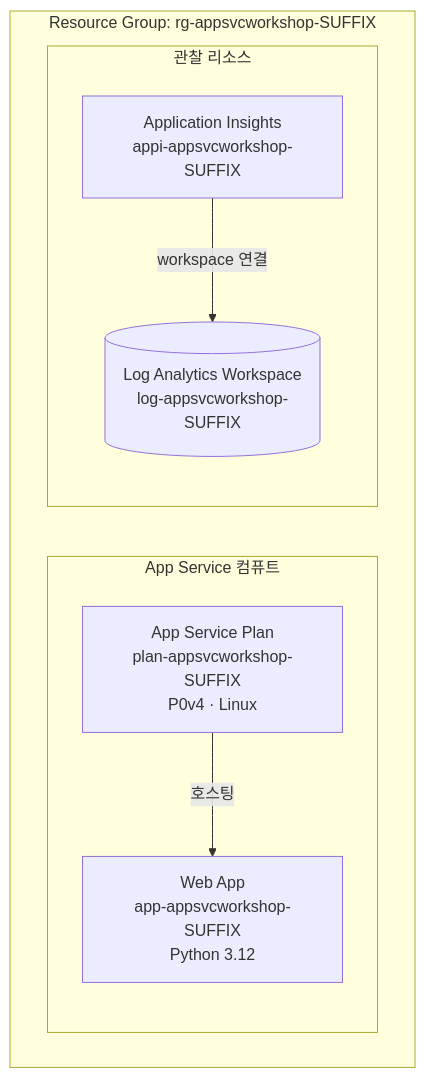
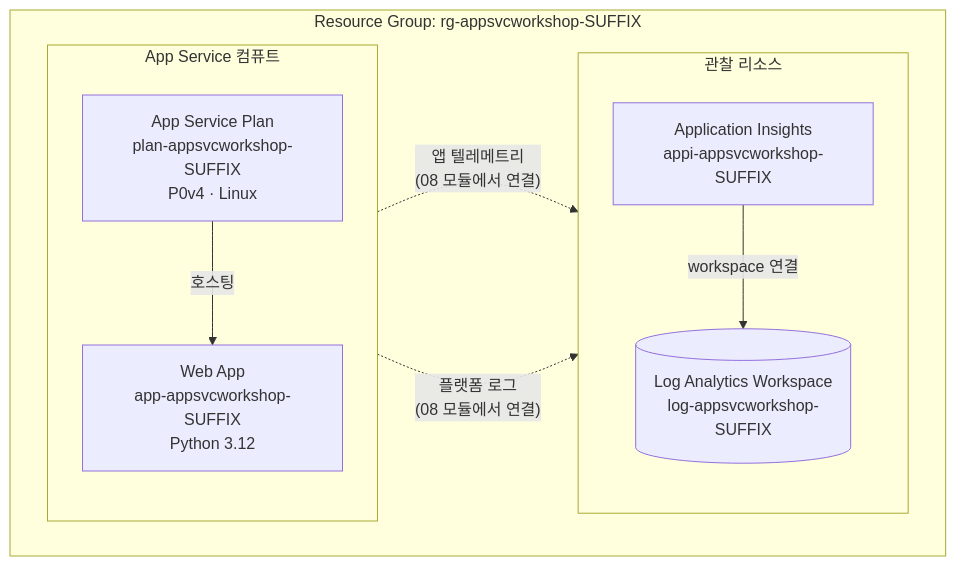
One commit to freeman9844/ms-appservice-basic-workshop01 changed the diagram in docs/02-environment-setup.md. Above: the diagram before and after it, drawn with Mermaid. The commit also changed other lines of this file, not shown here.

First line of the commit message:
docs: 02 다이어그램에 App Service 관찰 관계 표시

````diff
--- a/docs/02-environment-setup.md
+++ b/docs/02-environment-setup.md
@@ -18,20 +18,23 @@
 ```mermaid
 flowchart LR
     subgraph RG["Resource Group: rg-appsvcworkshop-SUFFIX"]
         direction LR
 
         subgraph COMPUTE["App Service 컴퓨트"]
             direction TB
             PLAN["App Service Plan<br/>plan-appsvcworkshop-SUFFIX<br/>P0v4 · Linux"]
             APP["Web App<br/>app-appsvcworkshop-SUFFIX<br/>Python 3.12"]
             PLAN -->|"호스팅"| APP
         end
 
         subgraph MONITOR["관찰 리소스"]
             direction TB
             APPI["Application Insights<br/>appi-appsvcworkshop-SUFFIX"]
             LAW[("Log Analytics Workspace<br/>log-appsvcworkshop-SUFFIX")]
             APPI -->|"workspace 연결"| LAW
         end
+
+        APP -.->|"앱 텔레메트리<br/>(08 모듈에서 연결)"| APPI
+        APP -.->|"플랫폼 로그<br/>(08 모듈에서 연결)"| LAW
     end
 ```
````
